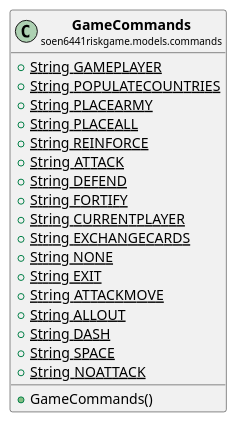
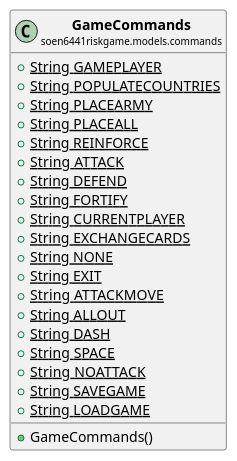
Before and after one commit to huntertran/soen6441-riskgame: the diagram in docs/javadocs/soen6441riskgame/models/commands/GameCommands.puml, drawn with PlantUML. The commit also changed 196 other files, not shown here.

```diff
--- a/docs/javadocs/soen6441riskgame/models/commands/GameCommands.puml
+++ b/docs/javadocs/soen6441riskgame/models/commands/GameCommands.puml
@@ -1,29 +1,31 @@
 @startuml
 
 skinparam svgLinkTarget _parent
 skinparam linetype ortho
 set namespaceSeparator none
 class "<b><size:14>GameCommands</b>\n<size:10>soen6441riskgame.models.commands" as soen6441riskgame.models.commands.GameCommands  [[../../../soen6441riskgame/models/commands/GameCommands.html{soen6441riskgame.models.commands.GameCommands}]] {
 {static} +String GAMEPLAYER
 {static} +String POPULATECOUNTRIES
 {static} +String PLACEARMY
 {static} +String PLACEALL
 {static} +String REINFORCE
 {static} +String ATTACK
 {static} +String DEFEND
 {static} +String FORTIFY
 {static} +String CURRENTPLAYER
 {static} +String EXCHANGECARDS
 {static} +String NONE
 {static} +String EXIT
 {static} +String ATTACKMOVE
 {static} +String ALLOUT
 {static} +String DASH
 {static} +String SPACE
 {static} +String NOATTACK
+{static} +String SAVEGAME
+{static} +String LOADGAME
 +GameCommands()
 }
 
 
 
 @enduml
```
